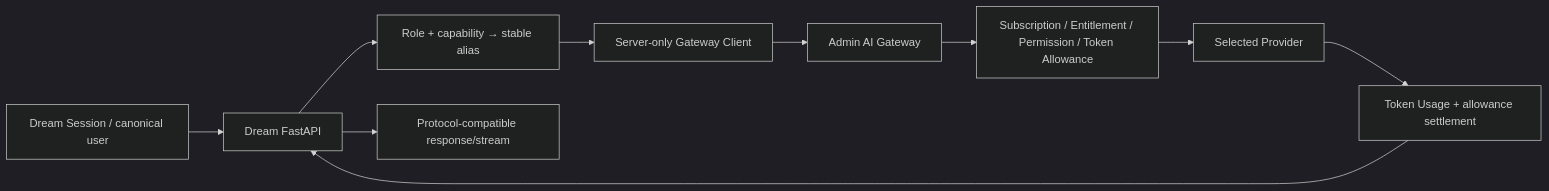
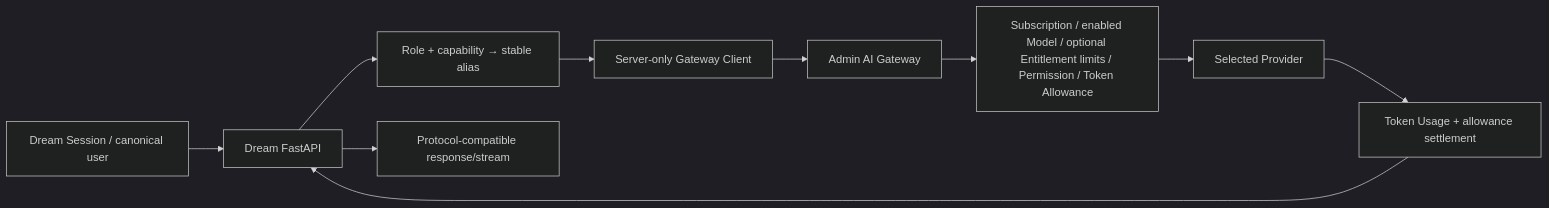
One commit to glide-the/dream-im-platform changed the second of 2 diagrams in docs/architecture/ink-dream-memory/07-dream-subscription-and-inference-integration.md. Above: the diagram before and after it, drawn with Mermaid (dark theme). The commit also changed other lines of this file and 15 other files, not shown here.

Commit message:
docs: align model eligibility and validation gates

````diff
--- a/docs/architecture/ink-dream-memory/07-dream-subscription-and-inference-integration.md
+++ b/docs/architecture/ink-dream-memory/07-dream-subscription-and-inference-integration.md
@@ -74,12 +74,12 @@
 ```mermaid
 flowchart LR
   Session["Dream Session / canonical user"] --> DreamAPI["Dream FastAPI"]
   DreamAPI --> Resolver["Role + capability → stable alias"]
   Resolver --> Client["Server-only Gateway Client"]
   Client --> Gateway["Admin AI Gateway"]
-  Gateway --> Eligibility["Subscription / Entitlement / Permission / Token Allowance"]
+  Gateway --> Eligibility["Subscription / enabled Model / optional Entitlement limits / Permission / Token Allowance"]
   Eligibility --> Provider["Selected Provider"]
   Provider --> Settlement["Token Usage + allowance settlement"]
   Settlement --> DreamAPI
   DreamAPI --> Browser["Protocol-compatible response/stream"]
 ```
````
